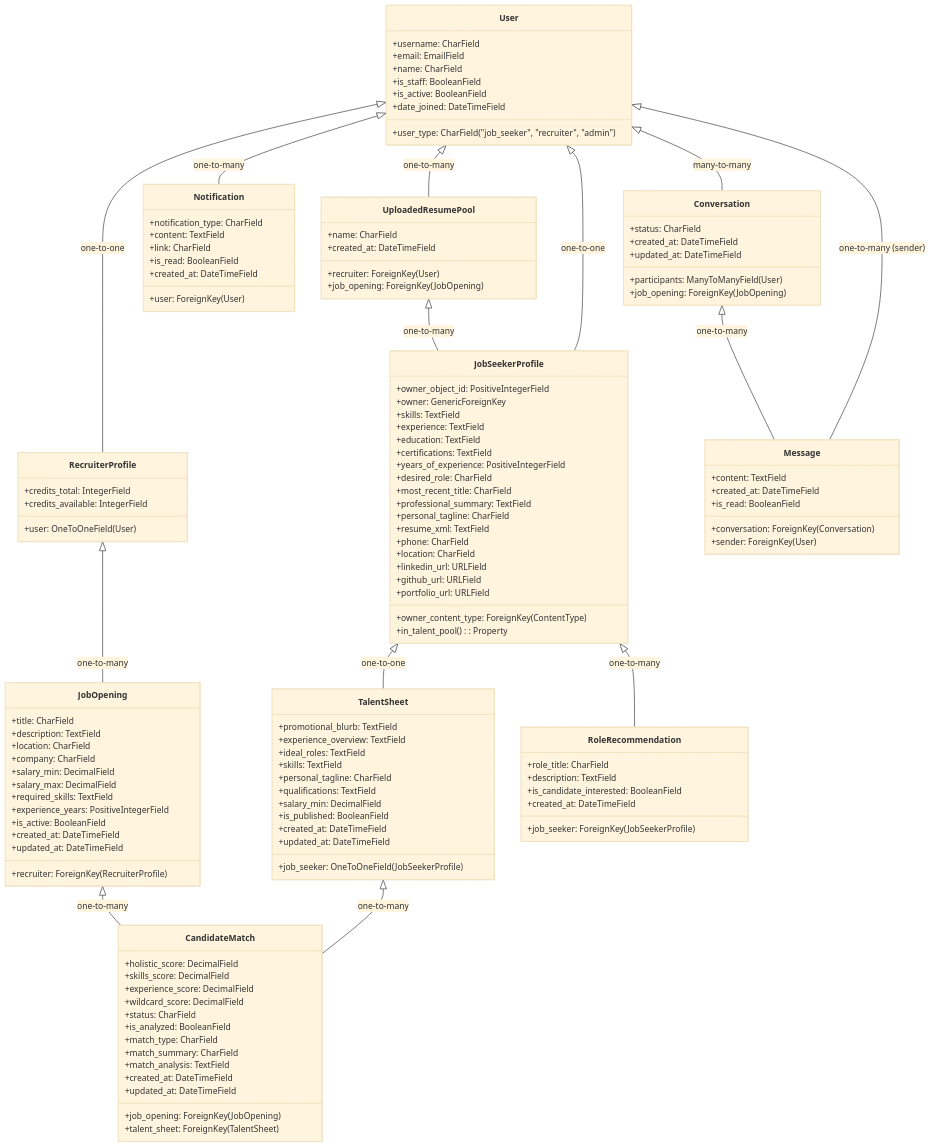
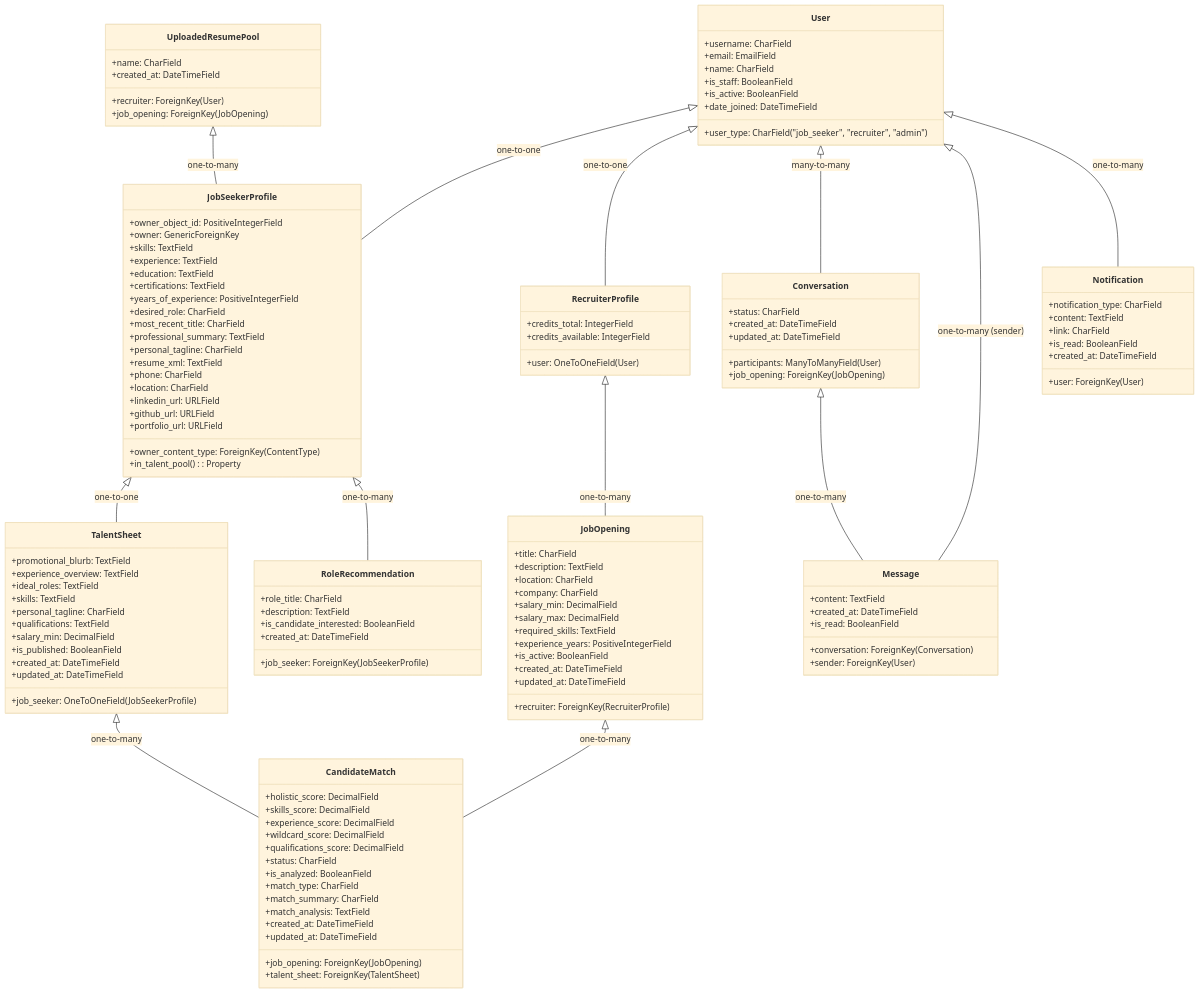
Before and after one commit to btfranklin/hiredar-saas-archive: the diagram in docs/MODELS.md, drawn with Mermaid (base theme). The commit also changed other lines of this file and 16 other files, not shown here.

First line of the commit message:
Add qualifications match type and score to CandidateMatch model; implement cache table migration and update talent sheet embedding process

```diff
--- a/docs/MODELS.md
+++ b/docs/MODELS.md
@@ -17,7 +17,6 @@
     User <|-- Message : one-to-many (sender)
     Conversation <|-- Message : one-to-many
     User <|-- Notification : one-to-many
-    User <|-- UploadedResumePool : one-to-many
     UploadedResumePool <|-- JobSeekerProfile : one-to-many
 
     class User {
@@ -87,6 +86,7 @@
         +skills_score: DecimalField
         +experience_score: DecimalField
         +wildcard_score: DecimalField
+        +qualifications_score: DecimalField
         +status: CharField
         +is_analyzed: BooleanField
         +match_type: CharField
```
